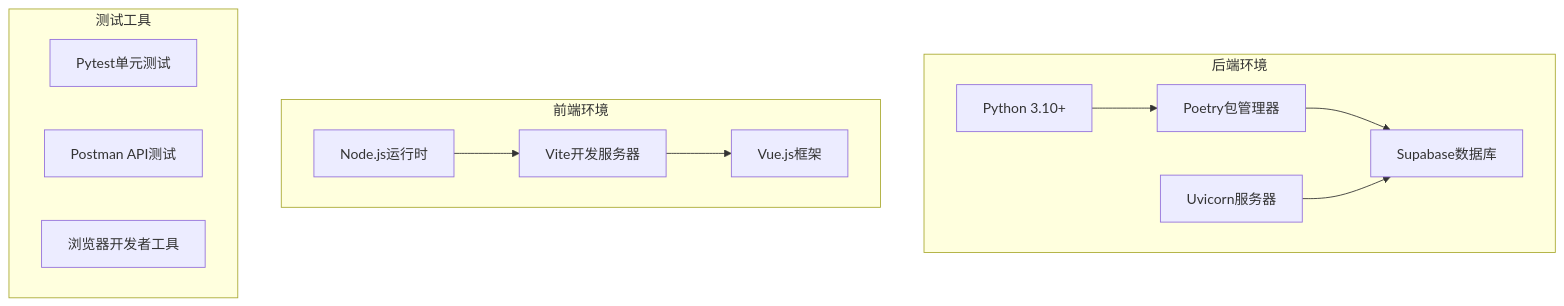
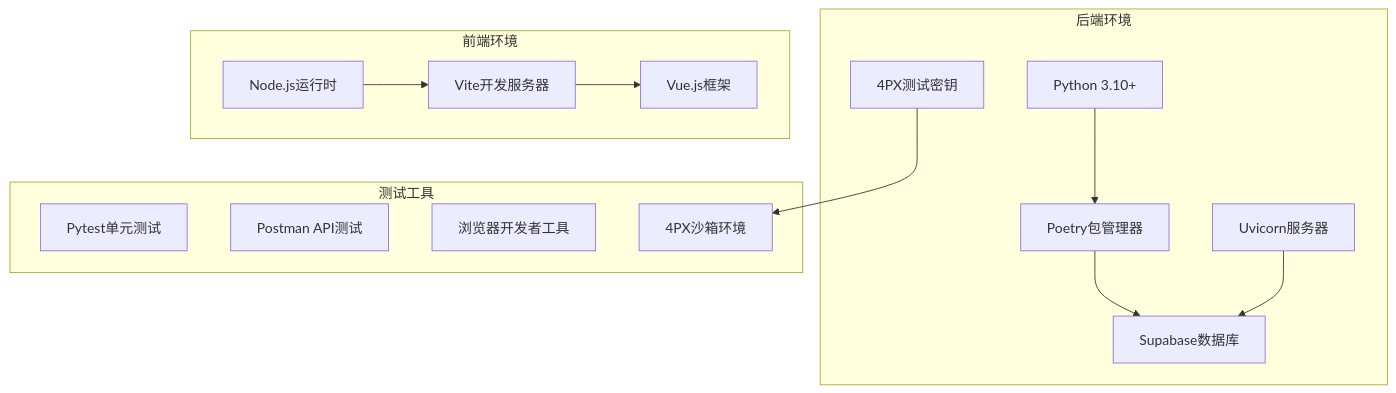
Before and after one commit to SY6621/POD-Order-Management: the first of 13 diagrams in .qoder/repowiki/zh/content/开发指南/测试与开发工具/待确认订单测试文档.md, drawn with Mermaid. The commit also changed other lines of this file and 30 other files, not shown here.

````diff
--- a/.qoder/repowiki/zh/content/开发指南/测试与开发工具/待确认订单测试文档.md
+++ b/.qoder/repowiki/zh/content/开发指南/测试与开发工具/待确认订单测试文档.md
@@ -47,24 +65,27 @@
 ```mermaid
 graph TB
 subgraph "后端环境"
 A[Python 3.10+]
 B[Poetry包管理器]
 C[Supabase数据库]
 D[Uvicorn服务器]
+E[4PX测试密钥]
 end
 subgraph "前端环境"
-E[Node.js运行时]
-F[Vite开发服务器]
-G[Vue.js框架]
+F[Node.js运行时]
+G[Vite开发服务器]
+H[Vue.js框架]
 end
 subgraph "测试工具"
-H[Pytest单元测试]
-I[Postman API测试]
-J[浏览器开发者工具]
+I[Pytest单元测试]
+J[Postman API测试]
+K[浏览器开发者工具]
+L[4PX沙箱环境]
 end
 A --> B
 B --> C
 D --> C
-E --> F
+E --> L
 F --> G
+G --> H
 ```
````
